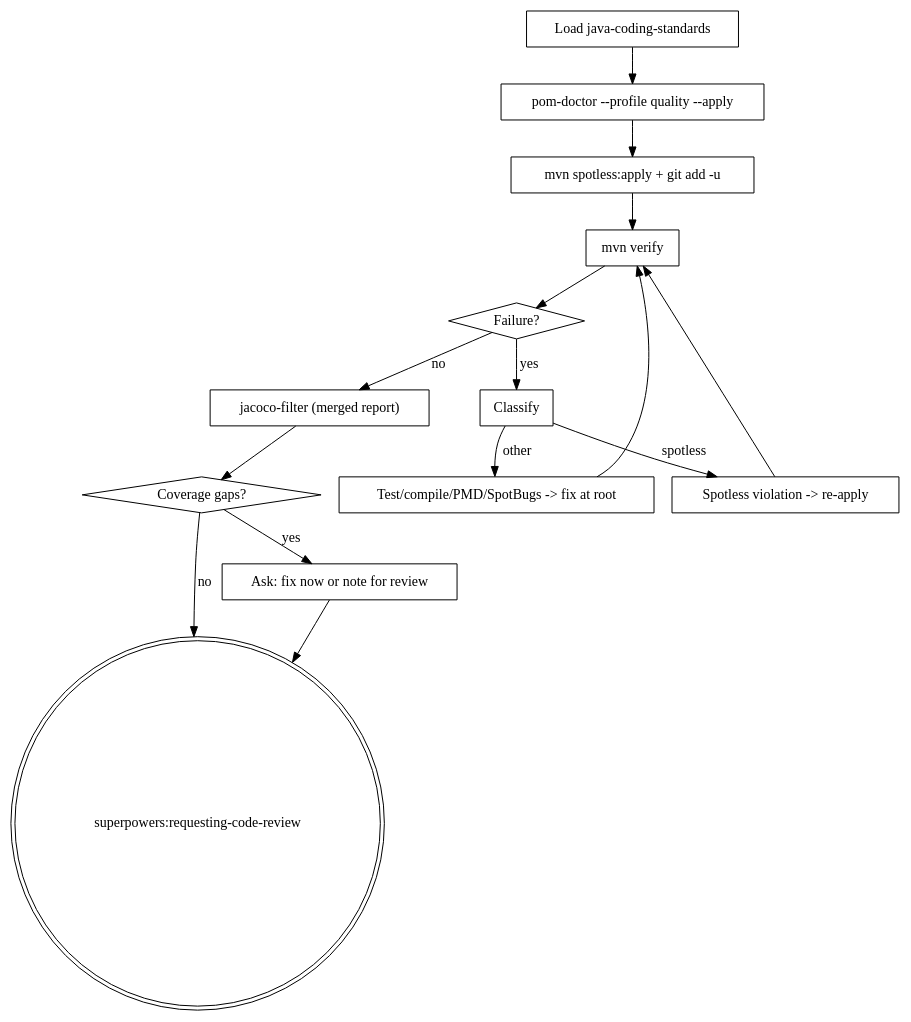
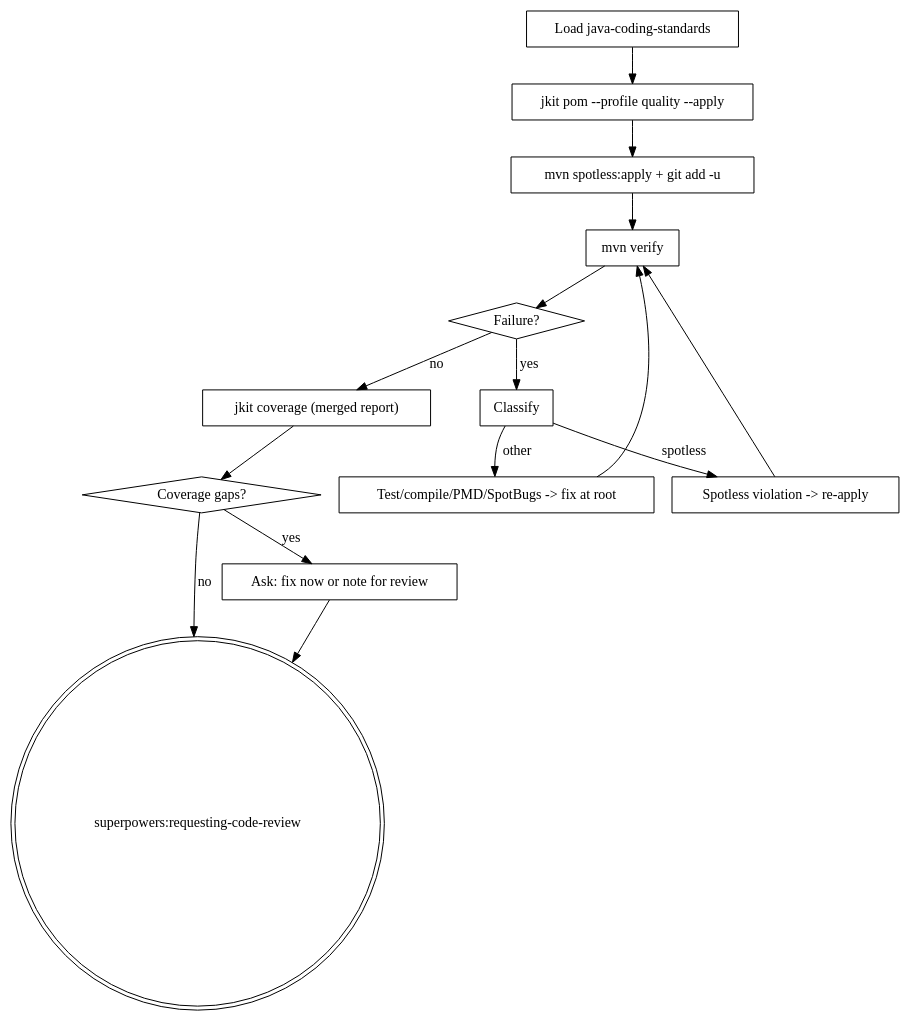
Before and after one commit to honghaowuu/jkit: the diagram in skills/java-verify/SKILL.md, drawn with Graphviz. The commit also changed other lines of this file and 15 other files, not shown here.

````diff
--- a/skills/java-verify/SKILL.md
+++ b/skills/java-verify/SKILL.md
@@ -23,31 +23,31 @@
 ```dot
 digraph java_verify {
     "Load java-coding-standards" [shape=box];
-    "pom-doctor --profile quality --apply" [shape=box];
+    "jkit pom --profile quality --apply" [shape=box];
     "mvn spotless:apply + git add -u" [shape=box];
     "mvn verify" [shape=box];
     "Failure?" [shape=diamond];
     "Classify" [shape=box];
     "Spotless violation -> re-apply" [shape=box];
     "Test/compile/PMD/SpotBugs -> fix at root" [shape=box];
-    "jacoco-filter (merged report)" [shape=box];
+    "jkit coverage (merged report)" [shape=box];
     "Coverage gaps?" [shape=diamond];
     "Ask: fix now or note for review" [shape=box];
     "superpowers:requesting-code-review" [shape=doublecircle];
 
-    "Load java-coding-standards" -> "pom-doctor --profile quality --apply";
-    "pom-doctor --profile quality --apply" -> "mvn spotless:apply + git add -u";
+    "Load java-coding-standards" -> "jkit pom --profile quality --apply";
+    "jkit pom --profile quality --apply" -> "mvn spotless:apply + git add -u";
     "mvn spotless:apply + git add -u" -> "mvn verify";
     "mvn verify" -> "Failure?";
     "Failure?" -> "Classify" [label="yes"];
     "Classify" -> "Spotless violation -> re-apply" [label="spotless"];
     "Classify" -> "Test/compile/PMD/SpotBugs -> fix at root" [label="other"];
     "Spotless violation -> re-apply" -> "mvn verify";
     "Test/compile/PMD/SpotBugs -> fix at root" -> "mvn verify";
-    "Failure?" -> "jacoco-filter (merged report)" [label="no"];
-    "jacoco-filter (merged report)" -> "Coverage gaps?";
+    "Failure?" -> "jkit coverage (merged report)" [label="no"];
+    "jkit coverage (merged report)" -> "Coverage gaps?";
     "Coverage gaps?" -> "Ask: fix now or note for review" [label="yes"];
     "Coverage gaps?" -> "superpowers:requesting-code-review" [label="no"];
     "Ask: fix now or note for review" -> "superpowers:requesting-code-review";
 }
 ```
````
